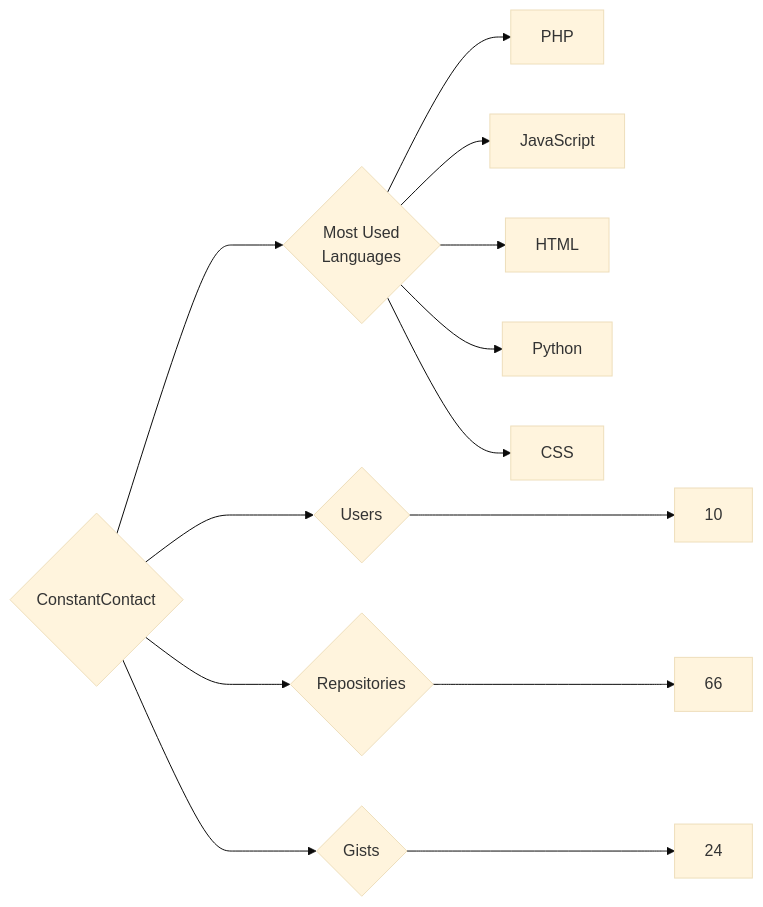
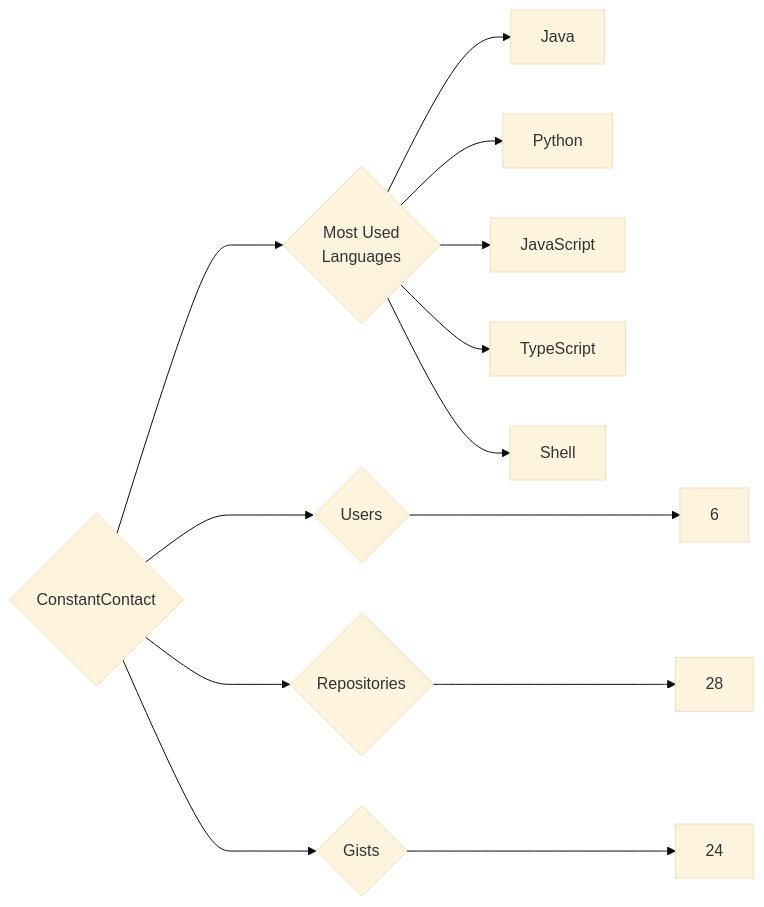
One commit to trickest/insiders changed the diagram in targets/ConstantContact/README.md. Above: the diagram before and after it, drawn with Mermaid (base theme). The commit also changed 1123 other files, not shown here.

````diff
--- a/targets/ConstantContact/README.md
+++ b/targets/ConstantContact/README.md
@@ -3,13 +3,13 @@
 ```mermaid
 graph LR
 COMPANY_NAME{ConstantContact}
-COMPANY_NAME ---> U{Users} ---> UN[10]
-COMPANY_NAME ---> R{Repositories} ---> RN[66]
+COMPANY_NAME ---> U{Users} ---> UN[6]
+COMPANY_NAME ---> R{Repositories} ---> RN[28]
 COMPANY_NAME ---> G{Gists} ---> GN[24]
 COMPANY_NAME ---> ML{Most Used<br>Languages}
-ML --> PHP[PHP]
+ML --> Java[Java]
+ML --> Python[Python]
 ML --> JavaScript[JavaScript]
-ML --> HTML[HTML]
-ML --> Python[Python]
-ML --> CSS[CSS]
+ML --> TypeScript[TypeScript]
+ML --> Shell[Shell]
 ```
````
